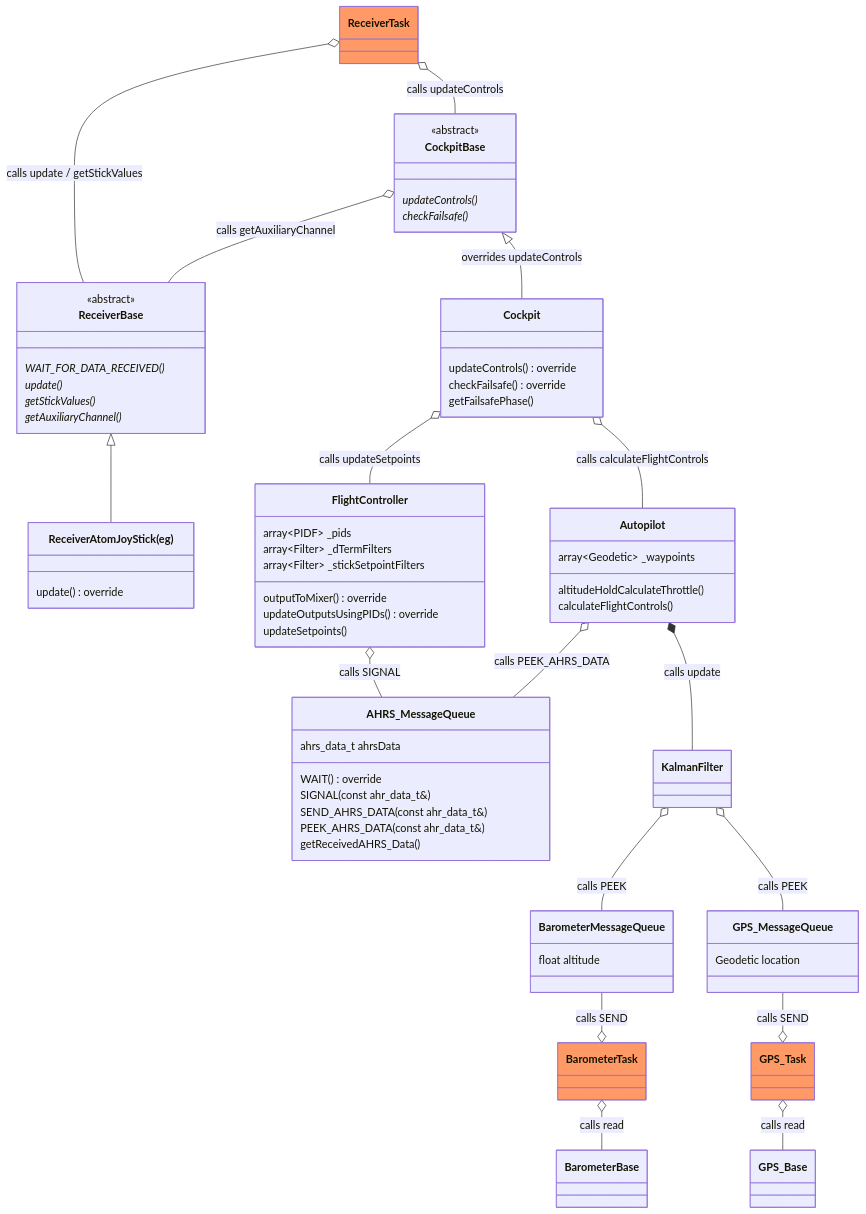
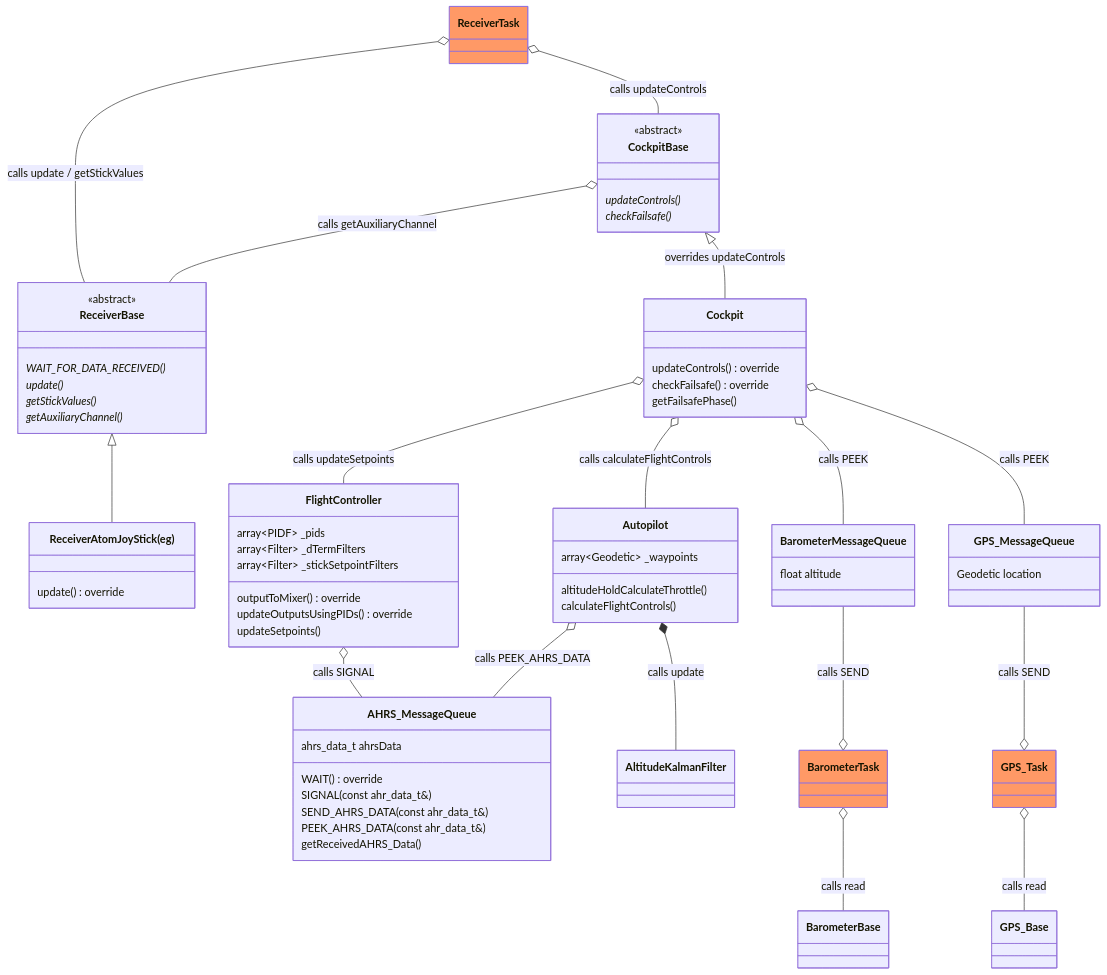
Before and after one commit to martinbudden/Protoflight: the sixth of 6 diagrams in README.md, drawn with Mermaid.

````diff
--- a/README.md
+++ b/README.md
@@ -1074,9 +1074,9 @@
     }
     link Autopilot "https://github.com/martinbudden/protoflight/blob/main/lib/Helm/src/Autopilot.h"
     Autopilot o-- AHRS_MessageQueue : calls PEEK_AHRS_DATA
-    Autopilot *-- KalmanFilter : calls update
+    Autopilot *-- AltitudeKalmanFilter : calls update
 
-    class KalmanFilter {
+    class AltitudeKalmanFilter {
     }
     class AHRS_MessageQueue {
         ahrs_data_t ahrsData
@@ -1111,7 +1111,7 @@
     GPS_MessageQueue --o GPS_Task : calls SEND
     GPS_Task o-- GPS_Base : calls read
 
-    KalmanFilter o-- BarometerMessageQueue : calls PEEK
-    KalmanFilter o-- GPS_MessageQueue : calls PEEK
+    Cockpit o-- BarometerMessageQueue : calls PEEK
+    Cockpit o-- GPS_MessageQueue : calls PEEK
     classDef taskClass fill:#f96
 ```
````
